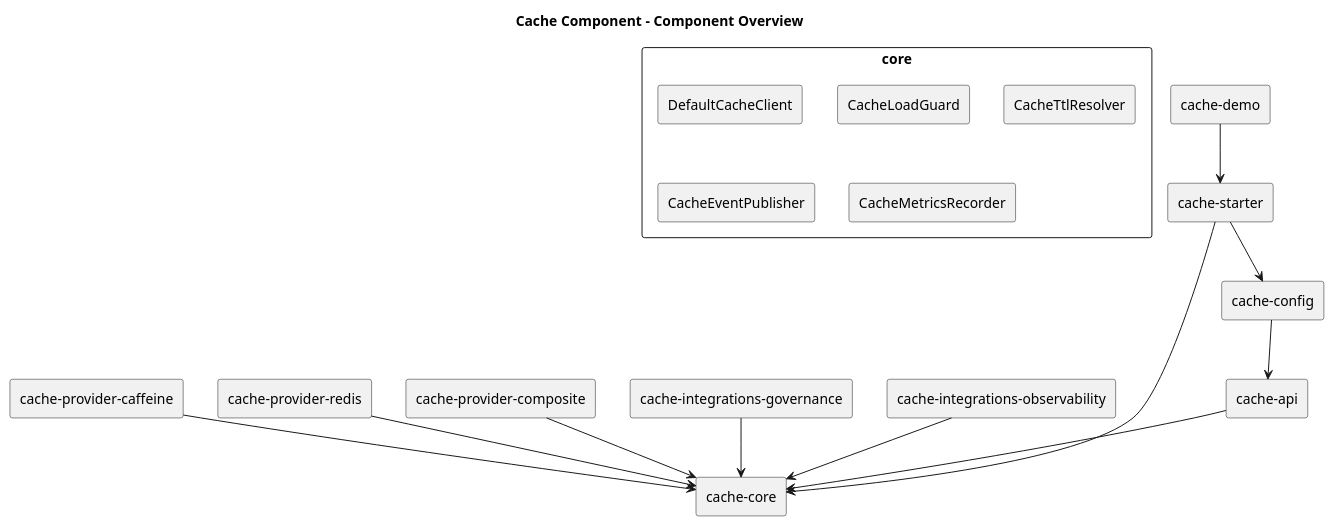
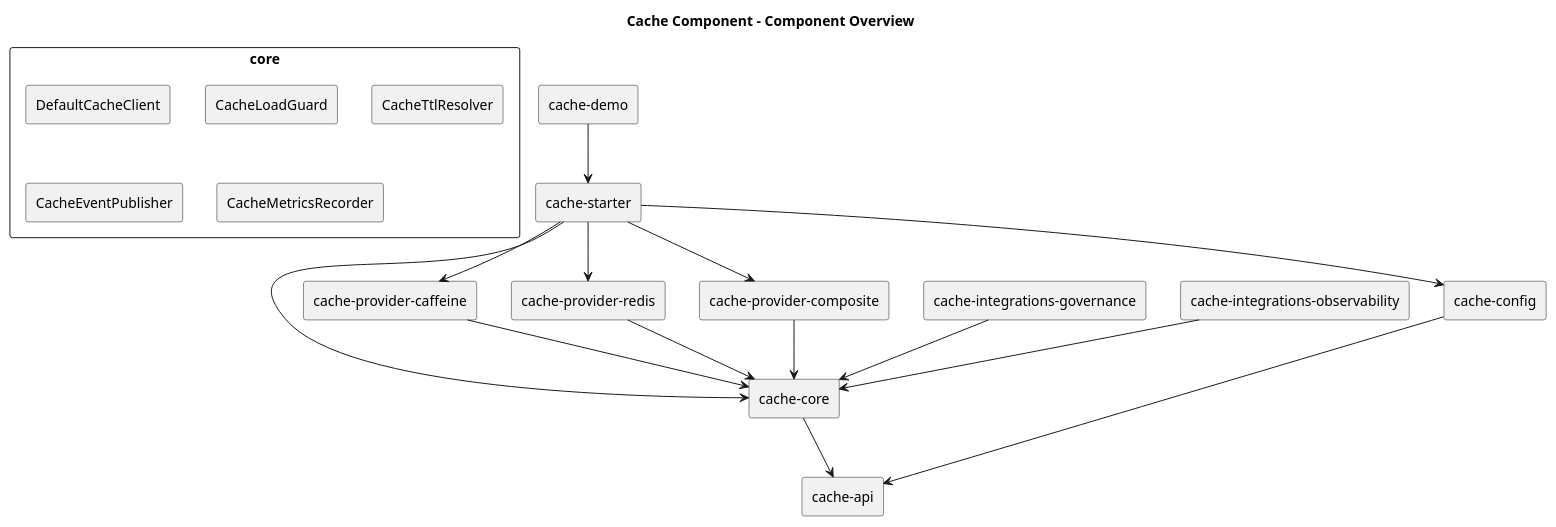
One commit to pbxjtumse/iron-components-java changed the diagram in component/cache-component/docs/diagrams/component/00-component-overview.puml. Above: the diagram before and after it, drawn with PlantUML. The commit also changed 7 other files, not shown here.

```diff
--- a/component/cache-component/docs/diagrams/component/00-component-overview.puml
+++ b/component/cache-component/docs/diagrams/component/00-component-overview.puml
@@ -1,21 +1,24 @@
 @startuml
 title Cache Component - Component Overview
 skinparam componentStyle rectangle
-[cache-api] --> [cache-core]
+[cache-core] --> [cache-api]
 [cache-config] --> [cache-api]
 [cache-provider-caffeine] --> [cache-core]
 [cache-provider-redis] --> [cache-core]
 [cache-provider-composite] --> [cache-core]
 [cache-integrations-governance] --> [cache-core]
 [cache-integrations-observability] --> [cache-core]
 [cache-starter] --> [cache-core]
 [cache-starter] --> [cache-config]
+[cache-starter] --> [cache-provider-caffeine]
+[cache-starter] --> [cache-provider-redis]
+[cache-starter] --> [cache-provider-composite]
 [cache-demo] --> [cache-starter]
 rectangle "core" {
  [DefaultCacheClient]
  [CacheLoadGuard]
  [CacheTtlResolver]
  [CacheEventPublisher]
  [CacheMetricsRecorder]
 }
 @enduml
```
